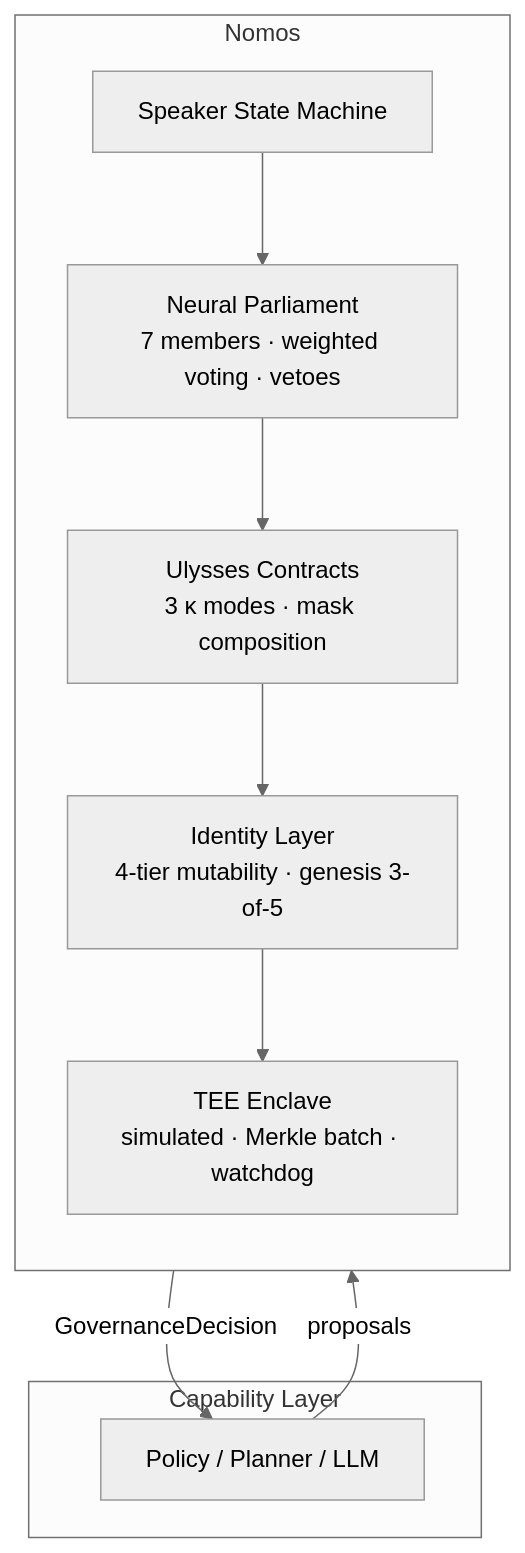
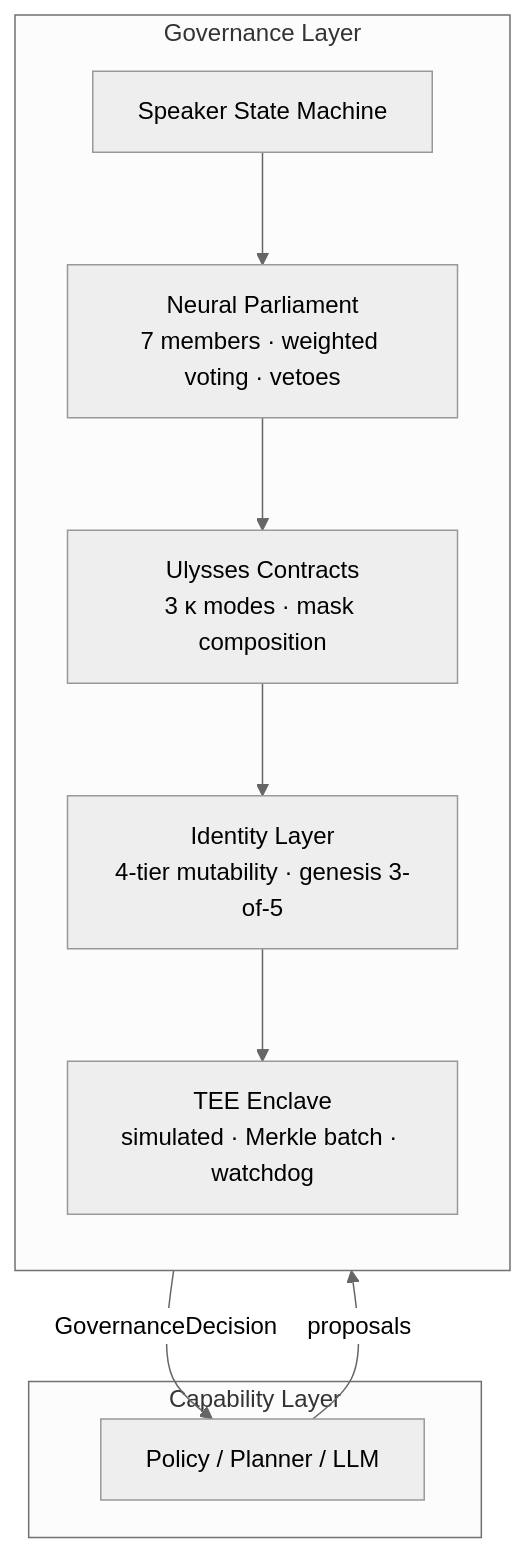
The diagram in README.md (Nomos-N4s/nomos), drawn with Mermaid (neutral theme) before and after one commit. The commit also changed other lines of this file and 15 other files, not shown here.

````diff
--- a/README.md
+++ b/README.md
@@ -33,20 +33,20 @@
 ```mermaid
 flowchart TB
     subgraph Agent["Capability Layer"]
         A["Policy / Planner / LLM"]
     end
-    subgraph Nomos["Nomos"]
+    subgraph Governance["Governance Layer"]
         direction TB
         S["Speaker State Machine"]
         NP["Neural Parliament<br/>7 members · weighted voting · vetoes"]
         UC["Ulysses Contracts<br/>3 κ modes · mask composition"]
         IL["Identity Layer<br/>4-tier mutability · genesis 3-of-5"]
         TEE["TEE Enclave<br/>simulated · Merkle batch · watchdog"]
         S --> NP
         NP --> UC
         UC --> IL
         IL --> TEE
     end
     A -- "proposals" --> S
     S -- "GovernanceDecision" --> A
 ```
````
